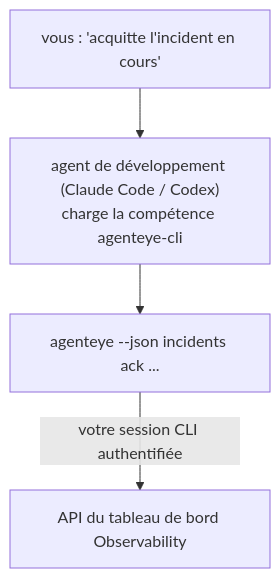
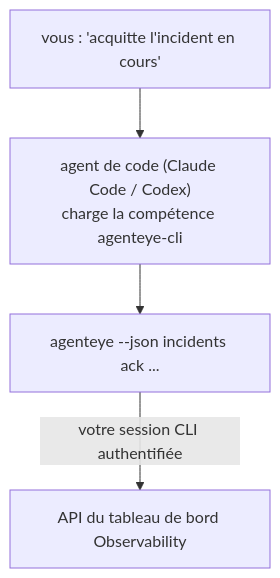
The diagram in docs/fr/agenteye/cli-skill.mdx (FailproofAI/failproofai), drawn with Mermaid before and after one commit. The commit also changed other lines of this file and 678 other files, not shown here.

````diff
--- a/docs/fr/agenteye/cli-skill.mdx
+++ b/docs/fr/agenteye/cli-skill.mdx
@@ -28,6 +28,6 @@
 ```mermaid
 flowchart TD
-    YOU["vous : 'acquitte l'incident en cours'"] --> AGENT["agent de développement (Claude Code / Codex)<br/>charge la compétence agenteye-cli"]
+    YOU["vous : 'acquitte l'incident en cours'"] --> AGENT["agent de code (Claude Code / Codex)<br/>charge la compétence agenteye-cli"]
     AGENT --> CLI["agenteye --json incidents ack ..."]
     CLI -->|votre session CLI authentifiée| API["API du tableau de bord Observability"]
 ```
````
